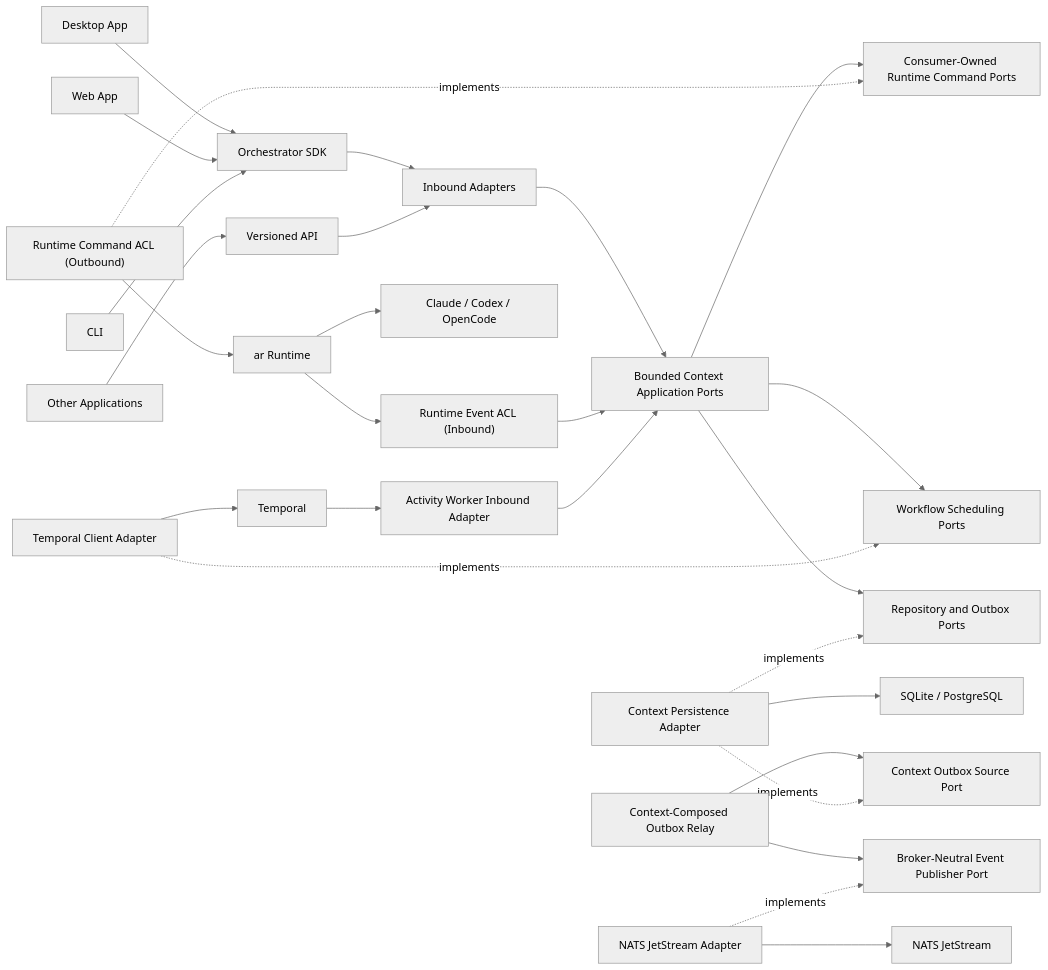
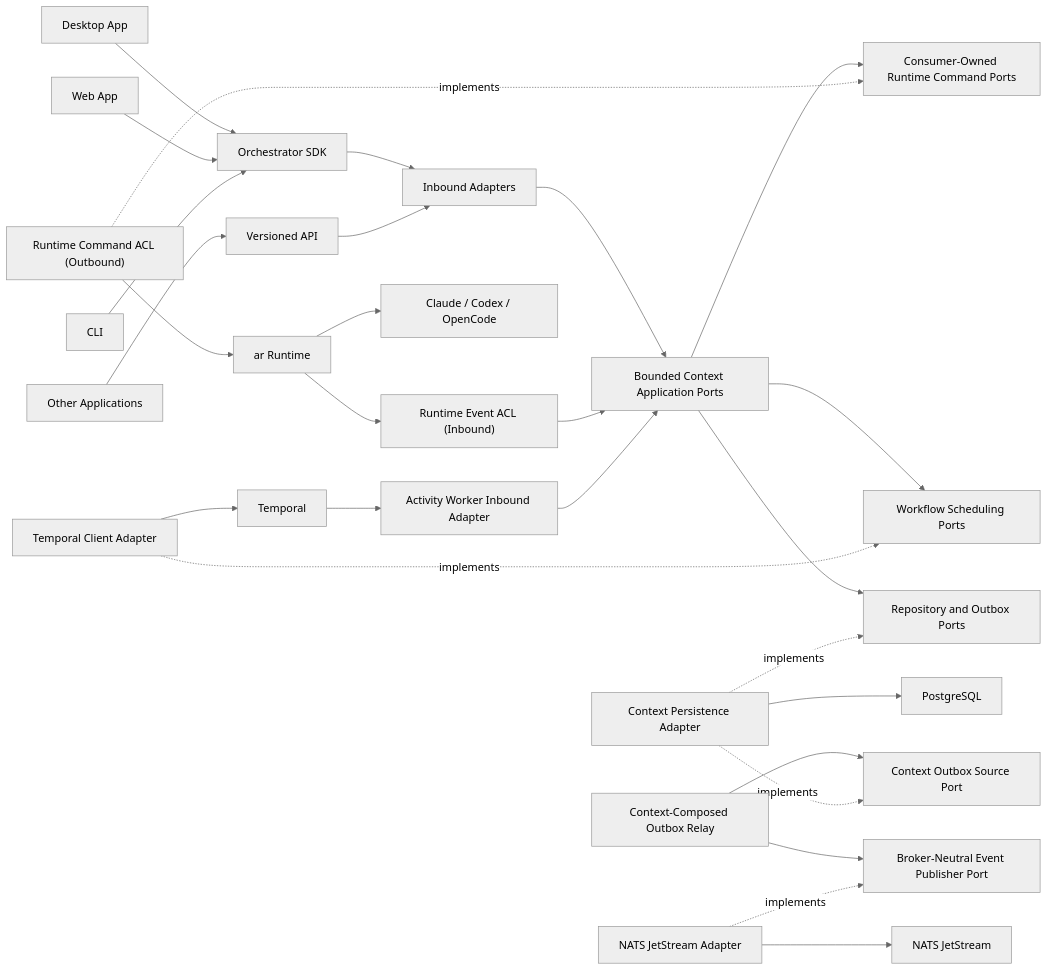
The diagram in docs/architecture/overview.md (agent-teams-ai/agent-teams-orchestrator), drawn with Mermaid (neutral theme) before and after one commit. The commit also changed other lines of this file and 60 other files, not shown here.

````diff
--- a/docs/architecture/overview.md
+++ b/docs/architecture/overview.md
@@ -54,37 +75,37 @@
 ```mermaid
 flowchart LR
     Desktop["Desktop App"]
     Web["Web App"]
     CLI["CLI"]
     External["Other Applications"]
 
     Desktop --> SDK["Orchestrator SDK"]
     Web --> SDK
     CLI --> SDK
     External --> API["Versioned API"]
 
     SDK --> Inbound["Inbound Adapters"]
     API --> Inbound
     Inbound --> Contexts["Bounded Context Application Ports"]
 
     Contexts --> RuntimePort["Consumer-Owned Runtime Command Ports"]
     Contexts --> WorkflowSchedule["Workflow Scheduling Ports"]
     Contexts --> PersistencePorts["Repository and Outbox Ports"]
 
     RuntimeCommandACL["Runtime Command ACL (Outbound)"] -. "implements" .-> RuntimePort
     RuntimeCommandACL --> AR["ar Runtime"]
     AR --> RuntimeEventACL["Runtime Event ACL (Inbound)"]
     RuntimeEventACL --> Contexts
     AR --> Providers["Claude / Codex / OpenCode"]
     TemporalClient["Temporal Client Adapter"] -. "implements" .-> WorkflowSchedule
     TemporalClient --> Temporal["Temporal"]
     Temporal --> Activities["Activity Worker Inbound Adapter"]
     Activities --> Contexts
     PersistenceAdapter["Context Persistence Adapter"] -. "implements" .-> PersistencePorts
-    PersistenceAdapter --> Storage["SQLite / PostgreSQL"]
+    PersistenceAdapter --> Storage["PostgreSQL"]
     Relay["Context-Composed Outbox Relay"] --> OutboxSource["Context Outbox Source Port"]
     PersistenceAdapter -. "implements" .-> OutboxSource
     Relay --> EventPort["Broker-Neutral Event Publisher Port"]
     JetStream["NATS JetStream Adapter"] -. "implements" .-> EventPort
     JetStream --> NATS["NATS JetStream"]
 ```
````
